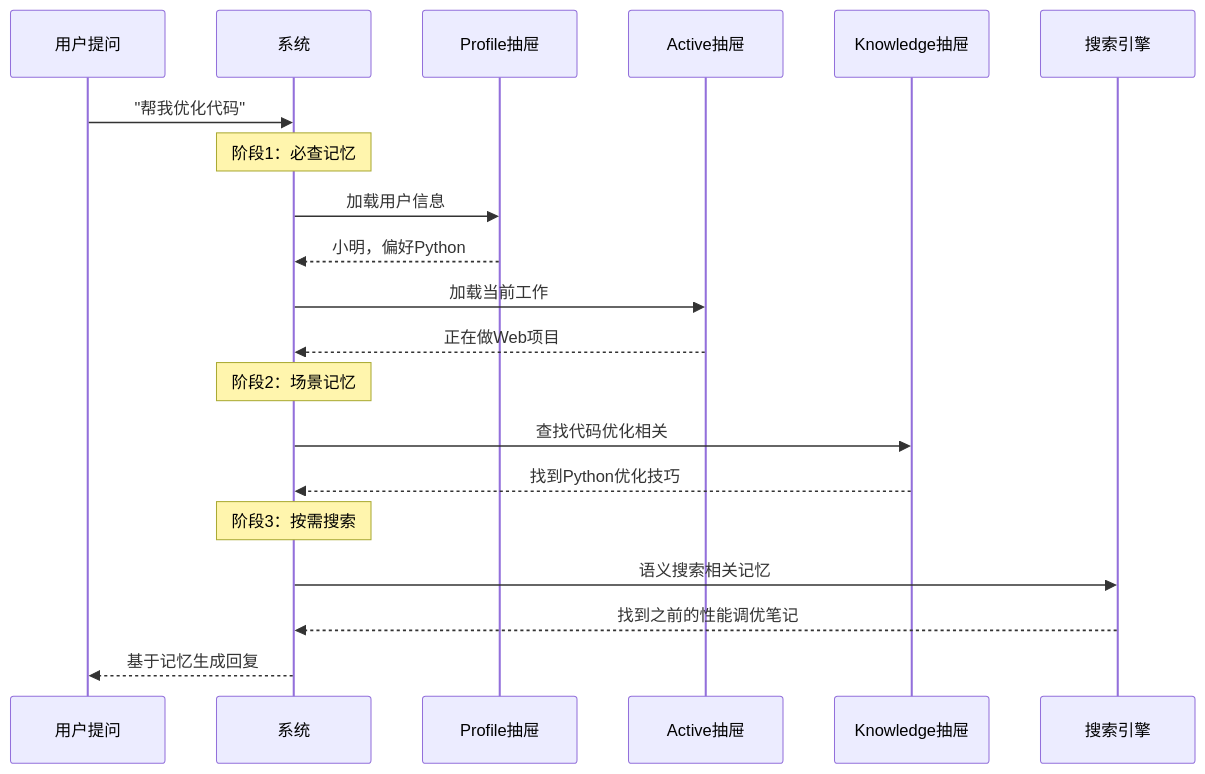
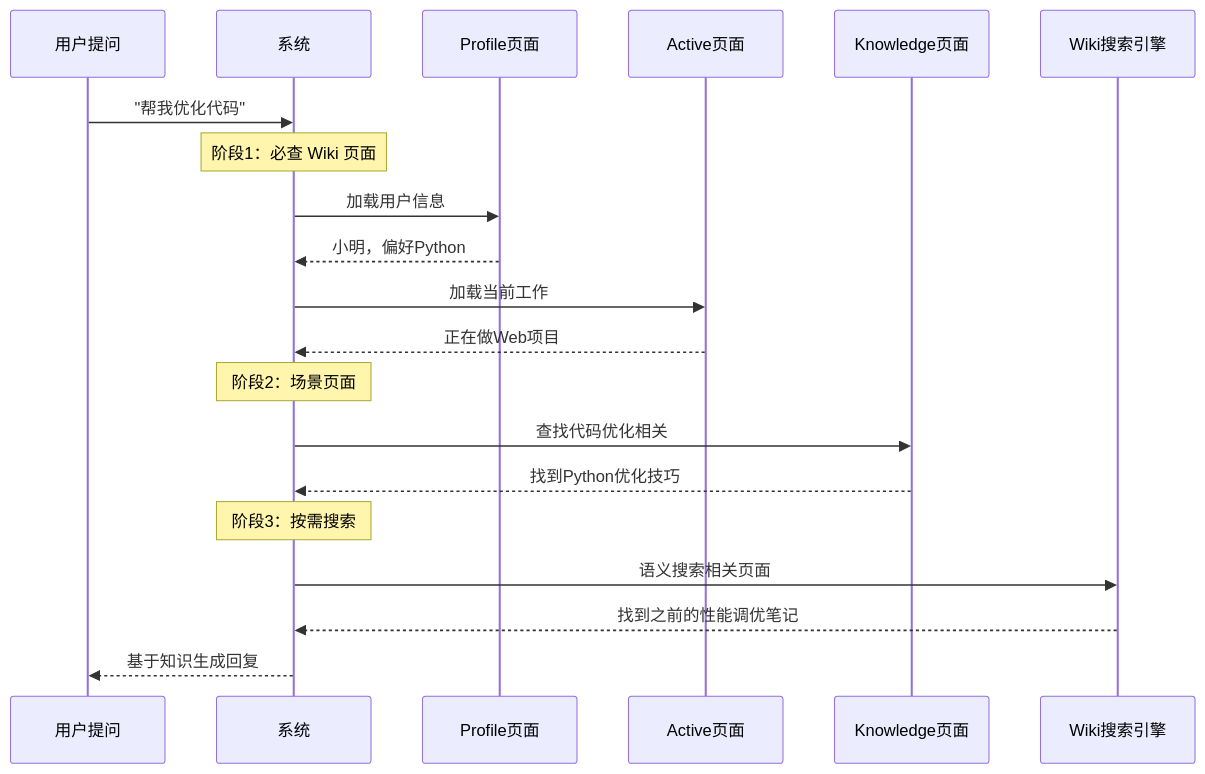
The seventh of 12 diagrams in docs/memory-history.md (yeheng/nanobot-rs), drawn with Mermaid before and after one commit. The commit also changed other lines of this file and 57 other files, not shown here.

````diff
--- a/docs/memory-history.md
+++ b/docs/memory-history.md
@@ -186,27 +197,27 @@
 ```mermaid
 sequenceDiagram
     participant U as 用户提问
     participant S as 系统
-    participant P as Profile抽屉
-    participant A as Active抽屉
-    participant K as Knowledge抽屉
-    participant Se as 搜索引擎
+    participant P as Profile页面
+    participant A as Active页面
+    participant K as Knowledge页面
+    participant Se as Wiki搜索引擎
     
     U->>S: "帮我优化代码"
     
-    Note over S: 阶段1：必查记忆
+    Note over S: 阶段1：必查 Wiki 页面
     S->>P: 加载用户信息
     P-->>S: 小明，偏好Python
     S->>A: 加载当前工作
     A-->>S: 正在做Web项目
     
-    Note over S: 阶段2：场景记忆
+    Note over S: 阶段2：场景页面
     S->>K: 查找代码优化相关
     K-->>S: 找到Python优化技巧
     
     Note over S: 阶段3：按需搜索
-    S->>Se: 语义搜索相关记忆
+    S->>Se: 语义搜索相关页面
     Se-->>S: 找到之前的性能调优笔记
     
-    S-->>U: 基于记忆生成回复
+    S-->>U: 基于知识生成回复
 ```
````
